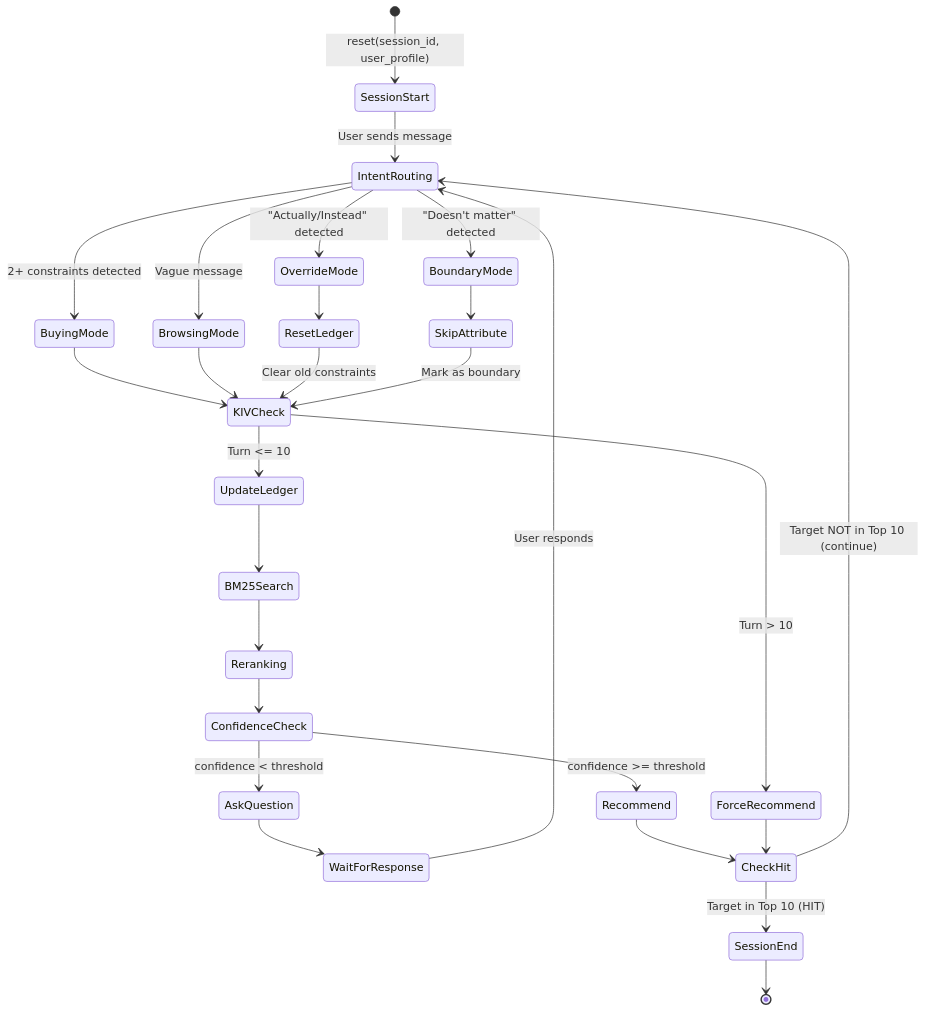
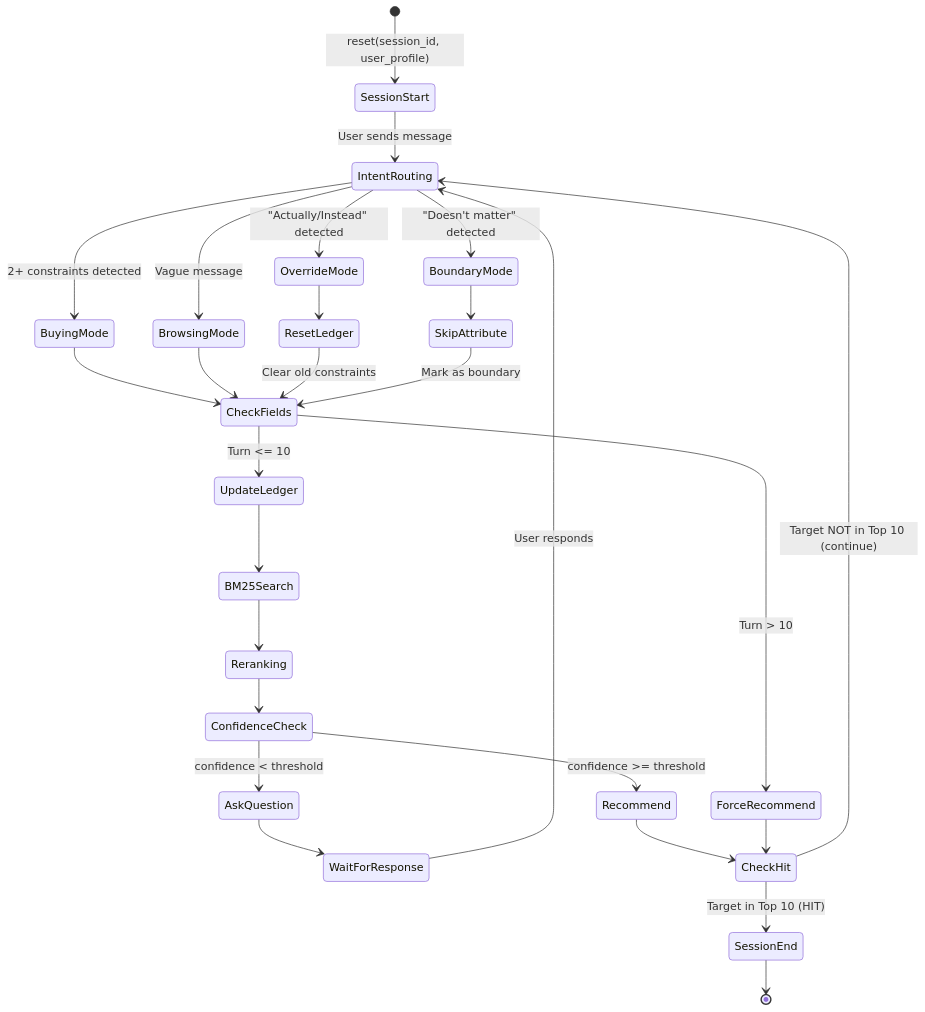
One commit to glentls/AI-Shopping-Copilot changed the fourth of 5 diagrams in docs/diagrams/architecture.md. Above: the diagram before and after it, drawn with Mermaid. The commit also changed other lines of this file and 3 other files, not shown here.

````diff
--- a/docs/diagrams/architecture.md
+++ b/docs/diagrams/architecture.md
@@ -212,40 +212,40 @@
 ```mermaid
 stateDiagram-v2
     [*] --> SessionStart: reset(session_id, user_profile)
     
     SessionStart --> IntentRouting: User sends message
     
     IntentRouting --> BuyingMode: 2+ constraints detected
     IntentRouting --> BrowsingMode: Vague message
     IntentRouting --> OverrideMode: "Actually/Instead" detected
     IntentRouting --> BoundaryMode: "Doesn't matter" detected
     
-    BuyingMode --> KIVCheck
-    BrowsingMode --> KIVCheck
+    BuyingMode --> CheckFields
+    BrowsingMode --> CheckFields
     OverrideMode --> ResetLedger
     BoundaryMode --> SkipAttribute
     
-    ResetLedger --> KIVCheck: Clear old constraints
-    SkipAttribute --> KIVCheck: Mark as boundary
+    ResetLedger --> CheckFields: Clear old constraints
+    SkipAttribute --> CheckFields: Mark as boundary
     
-    KIVCheck --> UpdateLedger: Turn <= 10
-    KIVCheck --> ForceRecommend: Turn > 10
+    CheckFields --> UpdateLedger: Turn <= 10
+    CheckFields --> ForceRecommend: Turn > 10
     
     UpdateLedger --> BM25Search
     BM25Search --> Reranking
     Reranking --> ConfidenceCheck
     
     ConfidenceCheck --> AskQuestion: confidence < threshold
     ConfidenceCheck --> Recommend: confidence >= threshold
     
     AskQuestion --> WaitForResponse
     Recommend --> CheckHit
     ForceRecommend --> CheckHit
     
     WaitForResponse --> IntentRouting: User responds
     
     CheckHit --> SessionEnd: Target in Top 10 (HIT)
     CheckHit --> IntentRouting: Target NOT in Top 10 (continue)
     
     SessionEnd --> [*]
 ```
````
